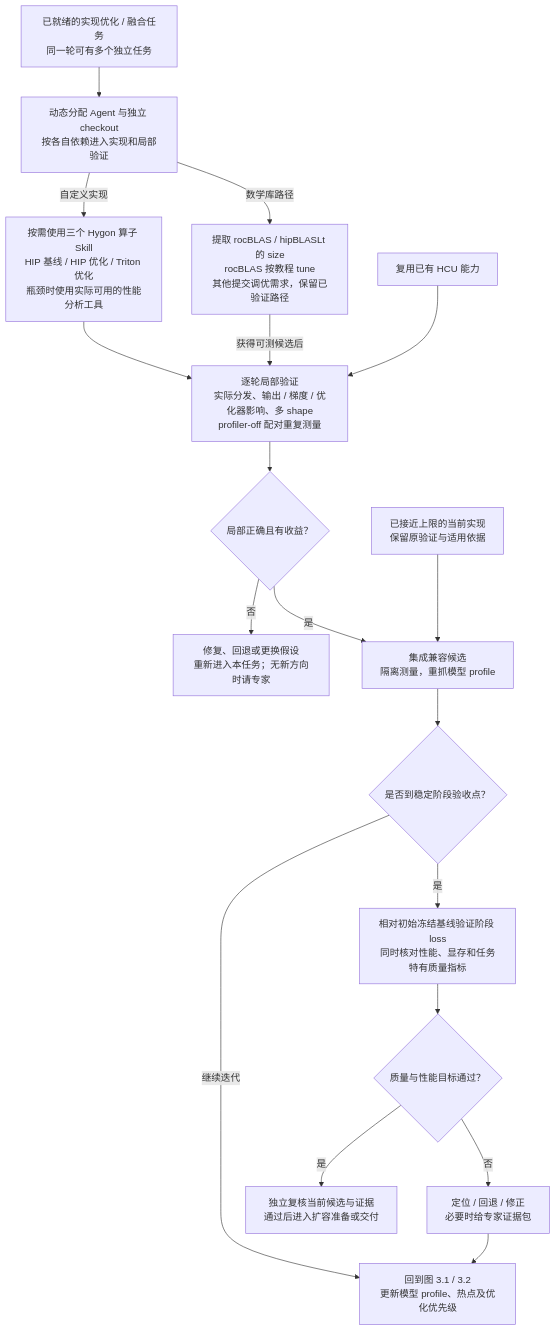
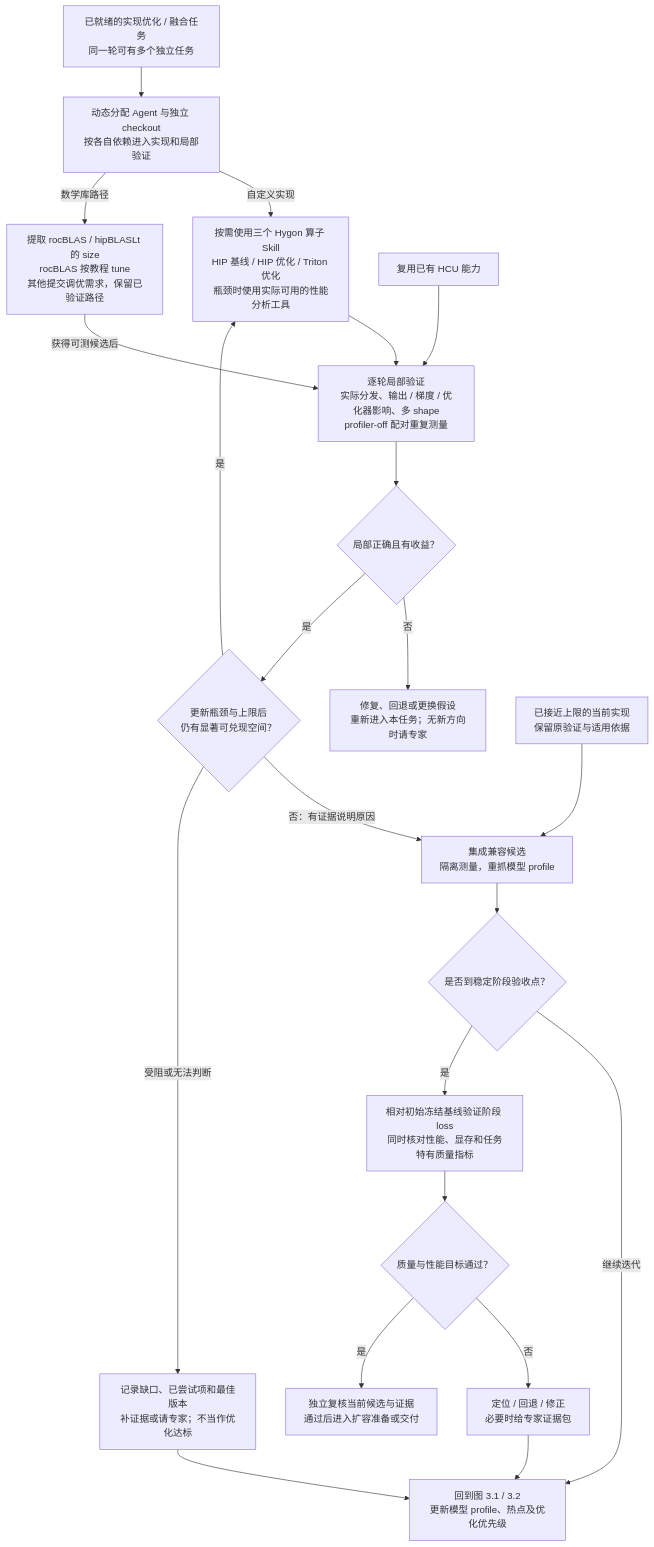
Before and after one commit to yuguo-Jack/HCU-TrainFlow: the fifth of 12 diagrams in docs/workflow-map.md, drawn with Mermaid. The commit also changed other lines of this file and 10 other files, not shown here.

````diff
--- a/docs/workflow-map.md
+++ b/docs/workflow-map.md
@@ -150,20 +152,24 @@
 ```mermaid
 flowchart TD
     IN["已就绪的实现优化 / 融合任务<br/>同一轮可有多个独立任务"] --> TASK["动态分配 Agent 与独立 checkout<br/>按各自依赖进入实现和局部验证"]
     TASK -->|自定义实现| SK["按需使用三个 Hygon 算子 Skill<br/>HIP 基线 / HIP 优化 / Triton 优化<br/>瓶颈时使用实际可用的性能分析工具"]
     TASK -->|数学库路径| LIB["提取 rocBLAS / hipBLASLt 的 size<br/>rocBLAS 按教程 tune<br/>其他提交调优需求，保留已验证路径"]
     SK --> TEST["逐轮局部验证<br/>实际分发、输出 / 梯度 / 优化器影响、多 shape<br/>profiler-off 配对重复测量"]
     LIB -->|获得可测候选后| TEST
     USE["复用已有 HCU 能力"] --> TEST
     TEST --> LOCAL{"局部正确且有收益？"}
     LOCAL -->|否| RETRY["修复、回退或更换假设<br/>重新进入本任务；无新方向时请专家"]
-    LOCAL -->|是| MERGE["集成兼容候选<br/>隔离测量，重抓模型 profile"]
+    LOCAL -->|是| CEILING{"更新瓶颈与上限后<br/>仍有显著可兑现空间？"}
+    CEILING -->|是| SK
+    CEILING -->|否：有证据说明原因| MERGE["集成兼容候选<br/>隔离测量，重抓模型 profile"]
+    CEILING -->|受阻或无法判断| BLOCK["记录缺口、已尝试项和最佳版本<br/>补证据或请专家；不当作优化达标"]
+    BLOCK --> H
     MERGE --> STABLE{"是否到稳定阶段验收点？"}
     STABLE -->|继续迭代| H["回到图 3.1 / 3.2<br/>更新模型 profile、热点及优化优先级"]
     STABLE -->|是| LOSS["相对初始冻结基线验证阶段 loss<br/>同时核对性能、显存和任务特有质量指标"]
     LOSS --> OK{"质量与性能目标通过？"}
     OK -->|否| BACK["定位 / 回退 / 修正<br/>必要时给专家证据包"]
     BACK --> H
     OK -->|是| REVIEW["独立复核当前候选与证据<br/>通过后进入扩容准备或交付"]
     KEEP["已接近上限的当前实现<br/>保留原验证与适用依据"] --> MERGE
 ```
````
